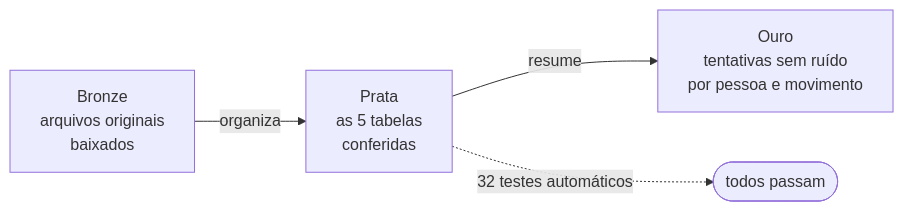
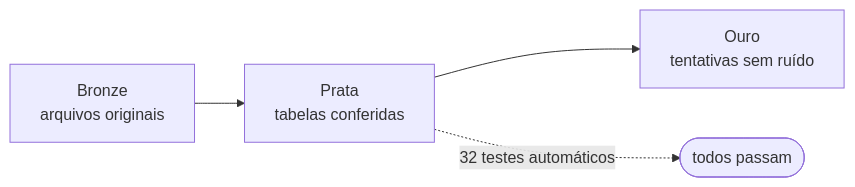
One commit to kafb04/data-engineering-multimodal-ai changed the third of 8 diagrams in README.md. Above: the diagram before and after it, drawn with Mermaid. The commit also changed other lines of this file, not shown here.

````diff
--- a/README.md
+++ b/README.md
@@ -133,6 +86,6 @@
 ```mermaid
 flowchart LR
-    B["Bronze<br/>arquivos originais<br/>baixados"] -->|organiza| P["Prata<br/>as 5 tabelas<br/>conferidas"]
-    P -->|resume| O["Ouro<br/>tentativas sem ruído<br/>por pessoa e movimento"]
+    B["Bronze<br/>arquivos originais"] --> P["Prata<br/>tabelas conferidas"]
+    P --> O["Ouro<br/>tentativas sem ruído"]
     P -.->|32 testes automáticos| OK(["todos passam"])
 ```
````
